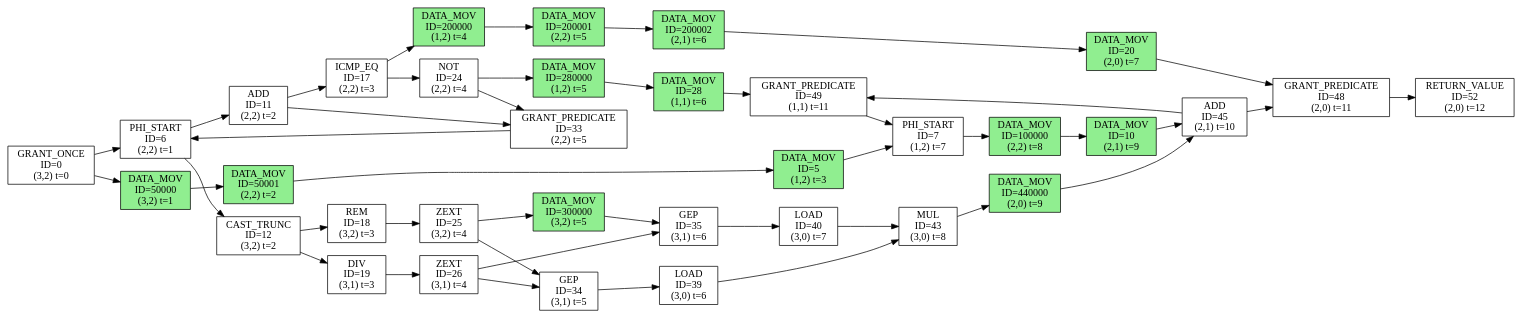
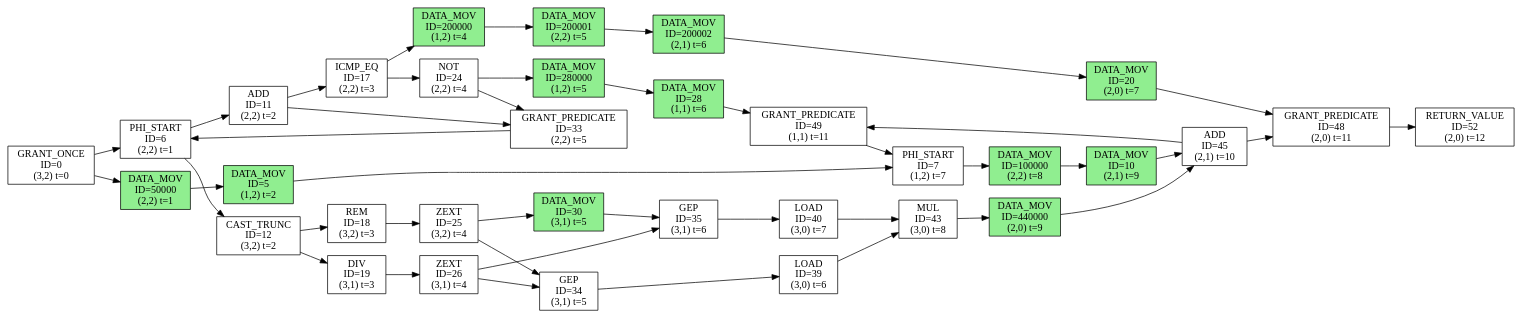
Before and after one commit to sarchlab/Zeonica_Testbench: the diagram in kernel/conv/tmp-generated-dfg.dot, drawn with Graphviz. The commit also changed 35 other files, not shown here.

```diff
--- a/kernel/conv/tmp-generated-dfg.dot
+++ b/kernel/conv/tmp-generated-dfg.dot
@@ -1,80 +1,78 @@
 digraph DFG {
   rankdir=LR;
   node [shape=box, style=filled];
   n0 [label="GRANT_ONCE\nID=0\n(3,2) t=0", fillcolor=white];
-  n5 [label="DATA_MOV\nID=5\n(1,2) t=3", fillcolor=lightgreen];
+  n5 [label="DATA_MOV\nID=5\n(1,2) t=2", fillcolor=lightgreen];
   n6 [label="PHI_START\nID=6\n(2,2) t=1", fillcolor=white];
   n7 [label="PHI_START\nID=7\n(1,2) t=7", fillcolor=white];
   n10 [label="DATA_MOV\nID=10\n(2,1) t=9", fillcolor=lightgreen];
   n11 [label="ADD\nID=11\n(2,2) t=2", fillcolor=white];
   n12 [label="CAST_TRUNC\nID=12\n(3,2) t=2", fillcolor=white];
   n17 [label="ICMP_EQ\nID=17\n(2,2) t=3", fillcolor=white];
   n18 [label="REM\nID=18\n(3,2) t=3", fillcolor=white];
   n19 [label="DIV\nID=19\n(3,1) t=3", fillcolor=white];
   n20 [label="DATA_MOV\nID=20\n(2,0) t=7", fillcolor=lightgreen];
   n24 [label="NOT\nID=24\n(2,2) t=4", fillcolor=white];
   n25 [label="ZEXT\nID=25\n(3,2) t=4", fillcolor=white];
   n26 [label="ZEXT\nID=26\n(3,1) t=4", fillcolor=white];
   n28 [label="DATA_MOV\nID=28\n(1,1) t=6", fillcolor=lightgreen];
+  n30 [label="DATA_MOV\nID=30\n(3,1) t=5", fillcolor=lightgreen];
   n33 [label="GRANT_PREDICATE\nID=33\n(2,2) t=5", fillcolor=white];
   n34 [label="GEP\nID=34\n(3,1) t=5", fillcolor=white];
   n35 [label="GEP\nID=35\n(3,1) t=6", fillcolor=white];
   n39 [label="LOAD\nID=39\n(3,0) t=6", fillcolor=white];
   n40 [label="LOAD\nID=40\n(3,0) t=7", fillcolor=white];
   n43 [label="MUL\nID=43\n(3,0) t=8", fillcolor=white];
   n45 [label="ADD\nID=45\n(2,1) t=10", fillcolor=white];
   n48 [label="GRANT_PREDICATE\nID=48\n(2,0) t=11", fillcolor=white];
   n49 [label="GRANT_PREDICATE\nID=49\n(1,1) t=11", fillcolor=white];
   n52 [label="RETURN_VALUE\nID=52\n(2,0) t=12", fillcolor=white];
-  n50000 [label="DATA_MOV\nID=50000\n(3,2) t=1", fillcolor=lightgreen];
-  n50001 [label="DATA_MOV\nID=50001\n(2,2) t=2", fillcolor=lightgreen];
+  n50000 [label="DATA_MOV\nID=50000\n(2,2) t=1", fillcolor=lightgreen];
   n100000 [label="DATA_MOV\nID=100000\n(2,2) t=8", fillcolor=lightgreen];
   n200000 [label="DATA_MOV\nID=200000\n(1,2) t=4", fillcolor=lightgreen];
   n200001 [label="DATA_MOV\nID=200001\n(2,2) t=5", fillcolor=lightgreen];
   n200002 [label="DATA_MOV\nID=200002\n(2,1) t=6", fillcolor=lightgreen];
   n280000 [label="DATA_MOV\nID=280000\n(1,2) t=5", fillcolor=lightgreen];
-  n300000 [label="DATA_MOV\nID=300000\n(3,2) t=5", fillcolor=lightgreen];
   n440000 [label="DATA_MOV\nID=440000\n(2,0) t=9", fillcolor=lightgreen];
+  n25 -> n30;
+  n30 -> n35;
   n0 -> n50000;
-  n50000 -> n50001;
-  n50001 -> n5;
+  n50000 -> n5;
   n5 -> n7;
-  n25 -> n300000;
   n43 -> n440000;
   n7 -> n100000;
   n100000 -> n10;
   n10 -> n45;
   n24 -> n280000;
   n280000 -> n28;
   n28 -> n49;
   n17 -> n200000;
   n200000 -> n200001;
   n200001 -> n200002;
   n200002 -> n20;
   n20 -> n48;
   n45 -> n49;
   n45 -> n48;
   n39 -> n43;
   n33 -> n6;
   n26 -> n35;
-  n26 -> n34;
   n0 -> n6;
-  n300000 -> n35;
   n34 -> n39;
   n6 -> n11;
   n48 -> n52;
   n17 -> n24;
   n35 -> n40;
   n6 -> n12;
   n49 -> n7;
   n18 -> n25;
   n40 -> n43;
   n11 -> n33;
   n11 -> n17;
   n24 -> n33;
   n440000 -> n45;
   n12 -> n18;
   n12 -> n19;
   n25 -> n34;
   n19 -> n26;
+  n26 -> n34;
 }
```
